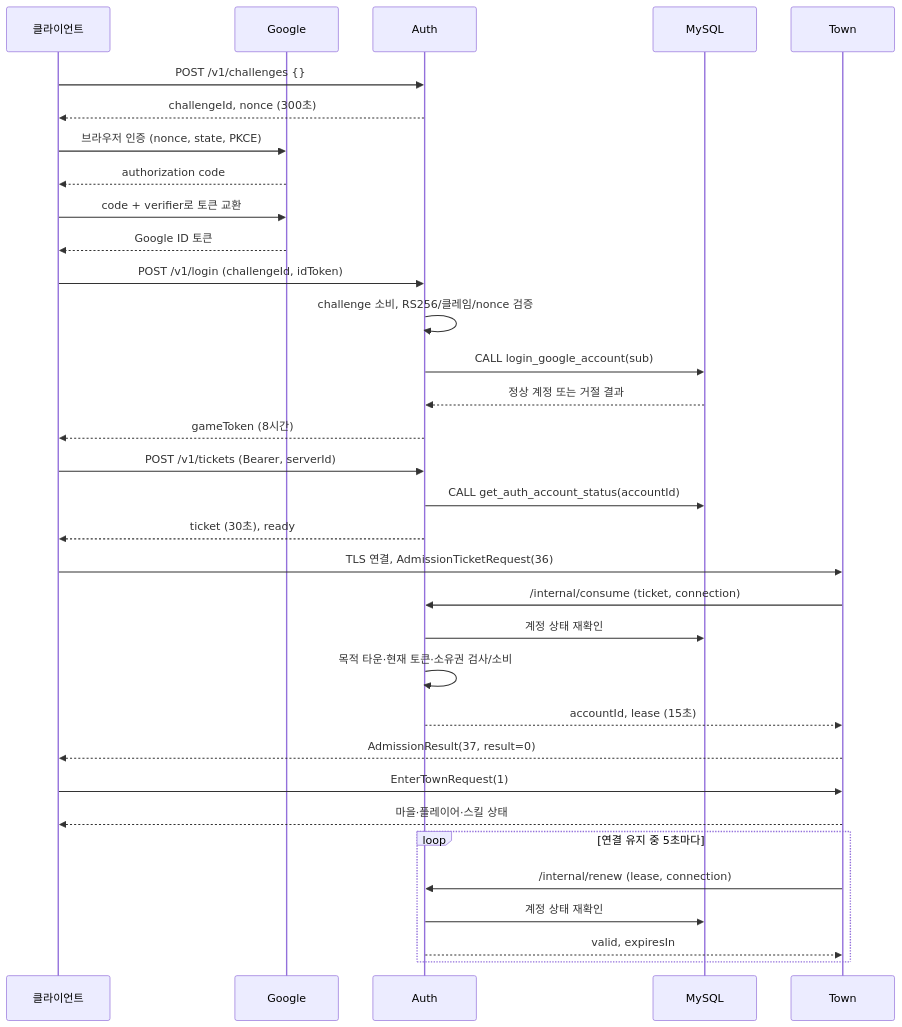
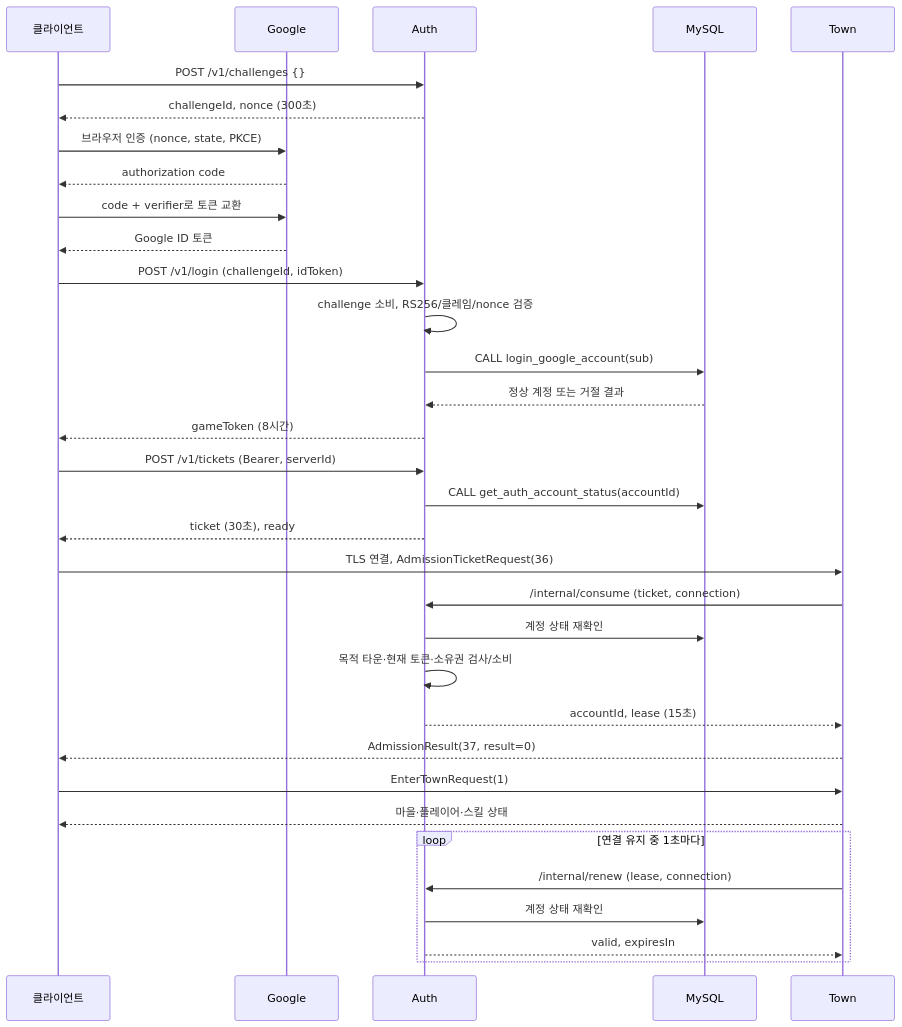
One commit to m5623skhj/ActionRPGServer changed the diagram in ActionRPGServer/AuthServer/DEVELOPMENT.md. Above: the diagram before and after it, drawn with Mermaid. The commit also changed other lines of this file and 14 other files, not shown here.

````diff
--- a/ActionRPGServer/AuthServer/DEVELOPMENT.md
+++ b/ActionRPGServer/AuthServer/DEVELOPMENT.md
@@ -167,35 +169,35 @@
 ```mermaid
 sequenceDiagram
     participant C as 클라이언트
     participant G as Google
     participant A as Auth
     participant D as MySQL
     participant T as Town
     C->>A: POST /v1/challenges {}
     A-->>C: challengeId, nonce (300초)
     C->>G: 브라우저 인증 (nonce, state, PKCE)
     G-->>C: authorization code
     C->>G: code + verifier로 토큰 교환
     G-->>C: Google ID 토큰
     C->>A: POST /v1/login (challengeId, idToken)
     A->>A: challenge 소비, RS256/클레임/nonce 검증
     A->>D: CALL login_google_account(sub)
     D-->>A: 정상 계정 또는 거절 결과
     A-->>C: gameToken (8시간)
     C->>A: POST /v1/tickets (Bearer, serverId)
     A->>D: CALL get_auth_account_status(accountId)
     A-->>C: ticket (30초), ready
     C->>T: TLS 연결, AdmissionTicketRequest(36)
     T->>A: /internal/consume (ticket, connection)
     A->>D: 계정 상태 재확인
     A->>A: 목적 타운·현재 토큰·소유권 검사/소비
     A-->>T: accountId, lease (15초)
     T-->>C: AdmissionResult(37, result=0)
     C->>T: EnterTownRequest(1)
     T-->>C: 마을·플레이어·스킬 상태
-    loop 연결 유지 중 5초마다
+    loop 연결 유지 중 1초마다
         T->>A: /internal/renew (lease, connection)
         A->>D: 계정 상태 재확인
         A-->>T: valid, expiresIn
     end
 ```
````
